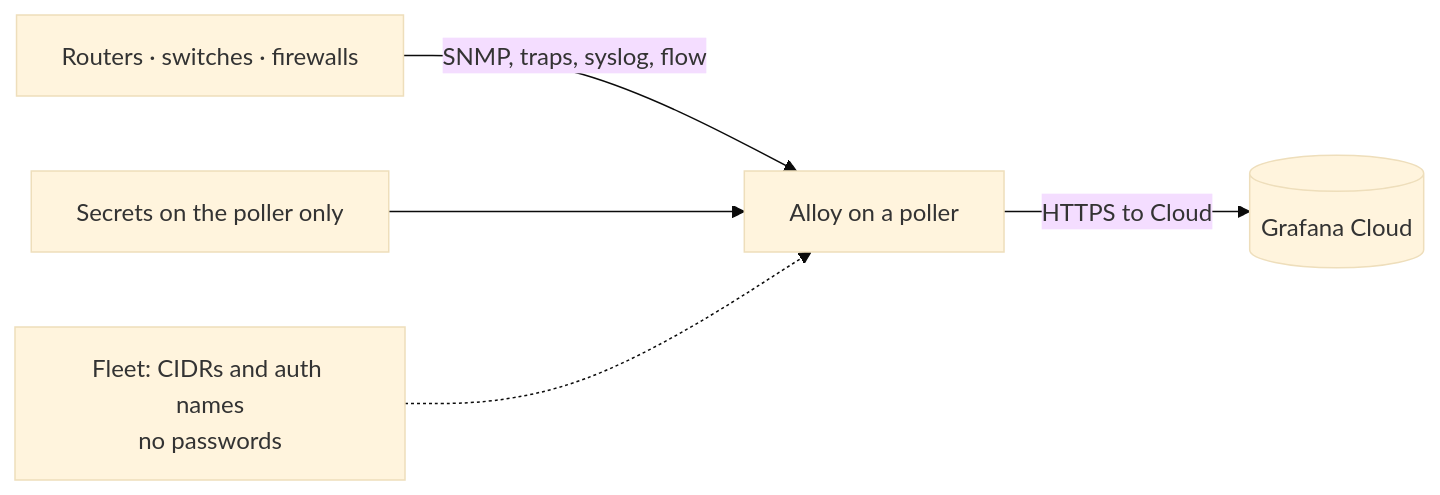
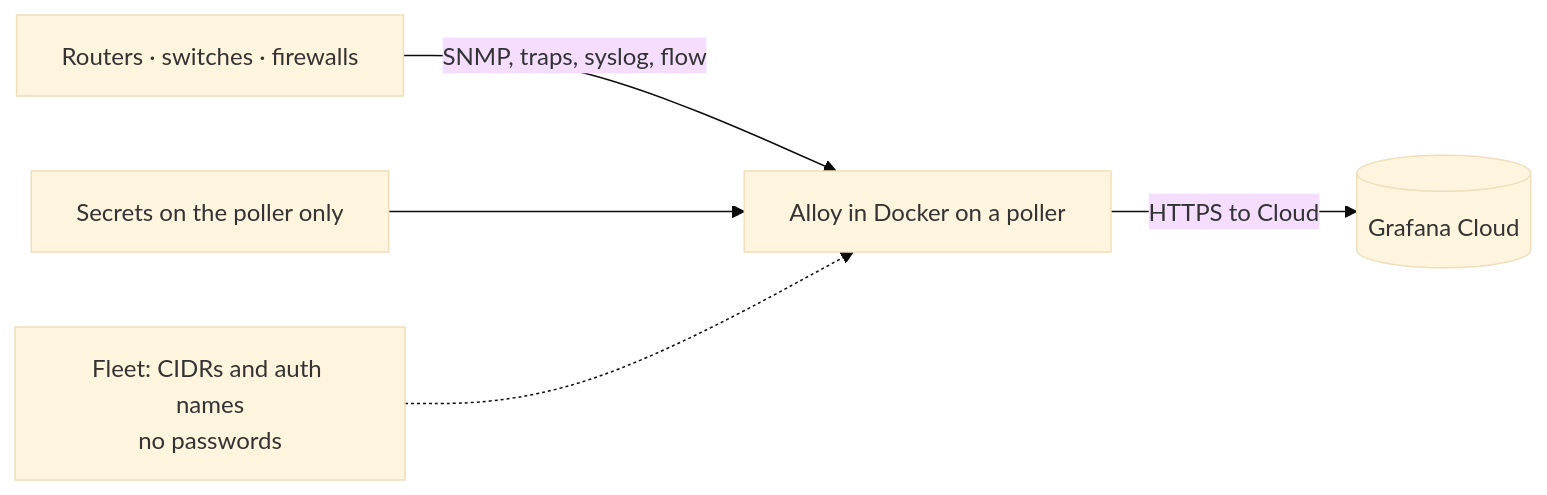
The diagram in README.md (Mesverrum/grafana-network-o11y-guide), drawn with Mermaid (base theme) before and after one commit. The commit also changed other lines of this file and 14 other files, not shown here.

````diff
--- a/README.md
+++ b/README.md
@@ -41,7 +38,7 @@
 ```mermaid
 flowchart LR
-  D["Routers · switches · firewalls"] -->|"SNMP, traps, syslog, flow"| A["Alloy on a poller"]
+  D["Routers · switches · firewalls"] -->|"SNMP, traps, syslog, flow"| A["Alloy in Docker on a poller"]
   S["Secrets on the poller only"] --> A
   A -->|"HTTPS to Cloud"| G[("Grafana Cloud")]
   F["Fleet: CIDRs and auth names<br/>no passwords"] -.-> A
 ```
````
